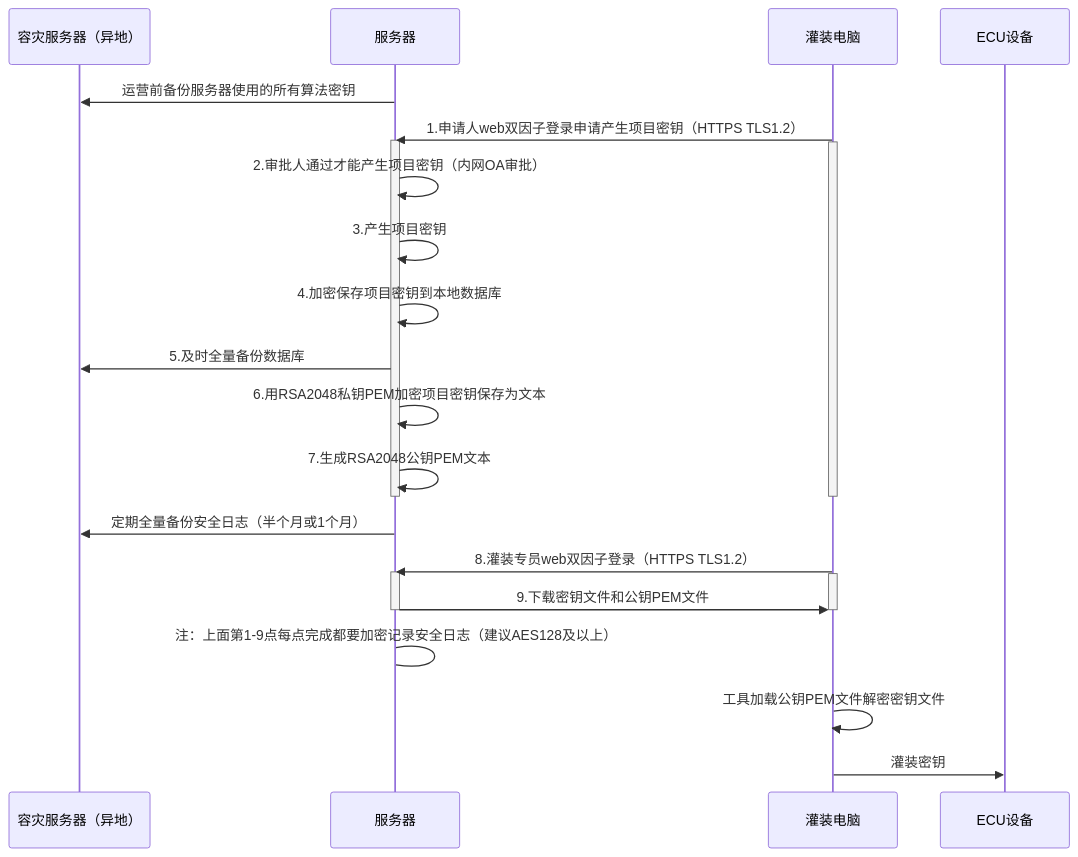
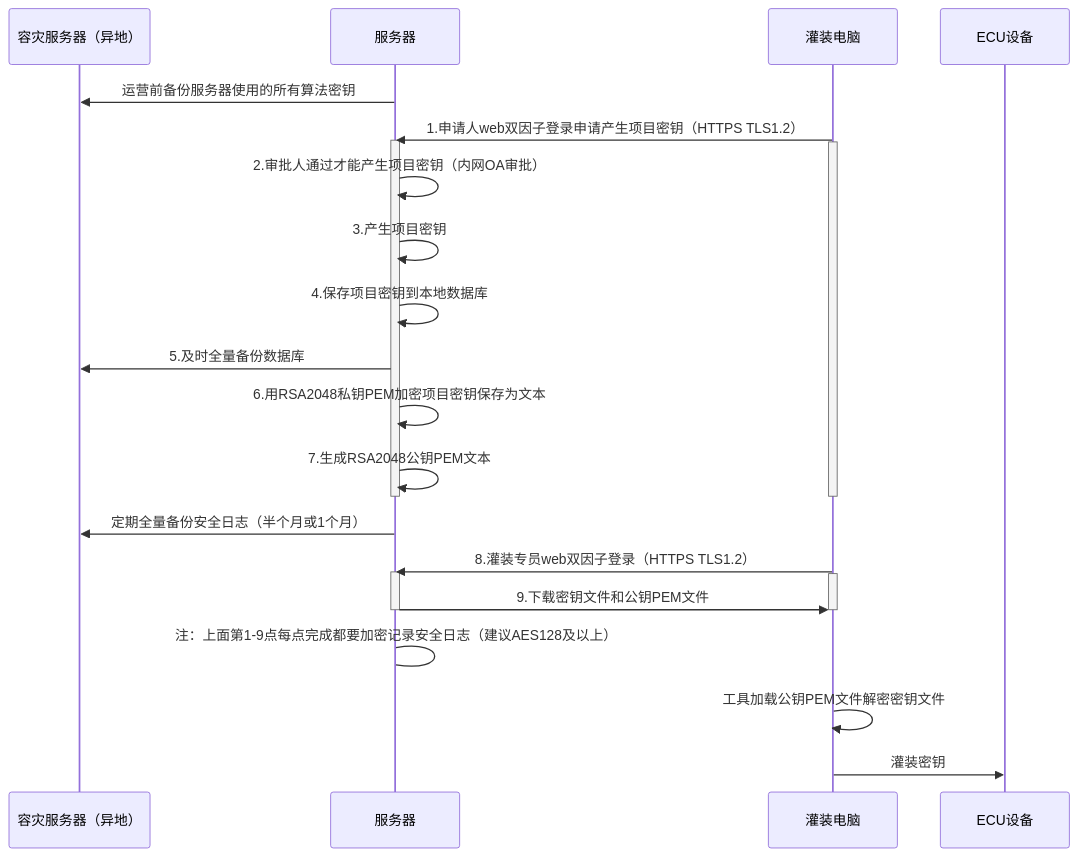
Before and after one commit to facebook-cloud/iodraw-files: the diagram in all/未命名-17.md, drawn with Mermaid.

Commit message:
2026-03-05 20:42:13 update

````diff
--- a/all/未命名-17.md
+++ b/all/未命名-17.md
@@ -1,34 +1,34 @@
 ```mermaid
 sequenceDiagram
     participant A as 容灾服务器（异地）
     participant B as 服务器
     participant D as 灌装电脑
     participant E as ECU设备
 
     B->>A: 运营前备份服务器使用的所有算法密钥
     D->>B: 1.申请人web双因子登录申请产生项目密钥（HTTPS TLS1.2）
     activate B
     activate D
     B->>B: 2.审批人通过才能产生项目密钥（内网OA审批）
     B->>B: 3.产生项目密钥
-    B->>B: 4.加密保存项目密钥到本地数据库
+    B->>B: 4.保存项目密钥到本地数据库
     B->>A: 5.及时全量备份数据库
     B->>B: 6.用RSA2048私钥PEM加密项目密钥保存为文本
     B->>B: 7.生成RSA2048公钥PEM文本
     deactivate B
     deactivate D
 
     B->>A: 定期全量备份安全日志（半个月或1个月）
     
     D->>B: 8.灌装专员web双因子登录（HTTPS TLS1.2）
     activate B
     activate D
     B->>D: 9.下载密钥文件和公钥PEM文件
     deactivate B
     deactivate D
     B->B: 注：上面第1-9点每点完成都要加密记录安全日志（建议AES128及以上）
 
     D->>D:工具加载公钥PEM文件解密密钥文件
     
     D->>E: 灌装密钥
 ```
````
